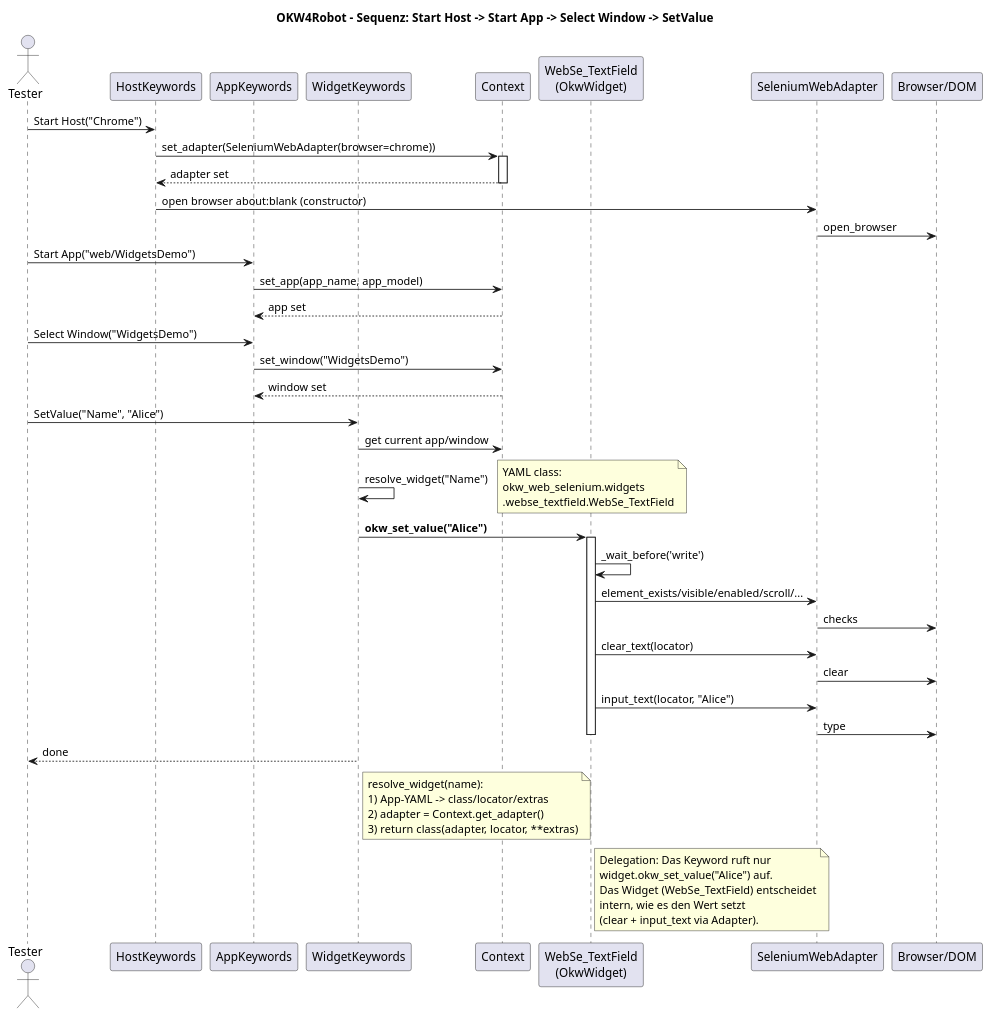
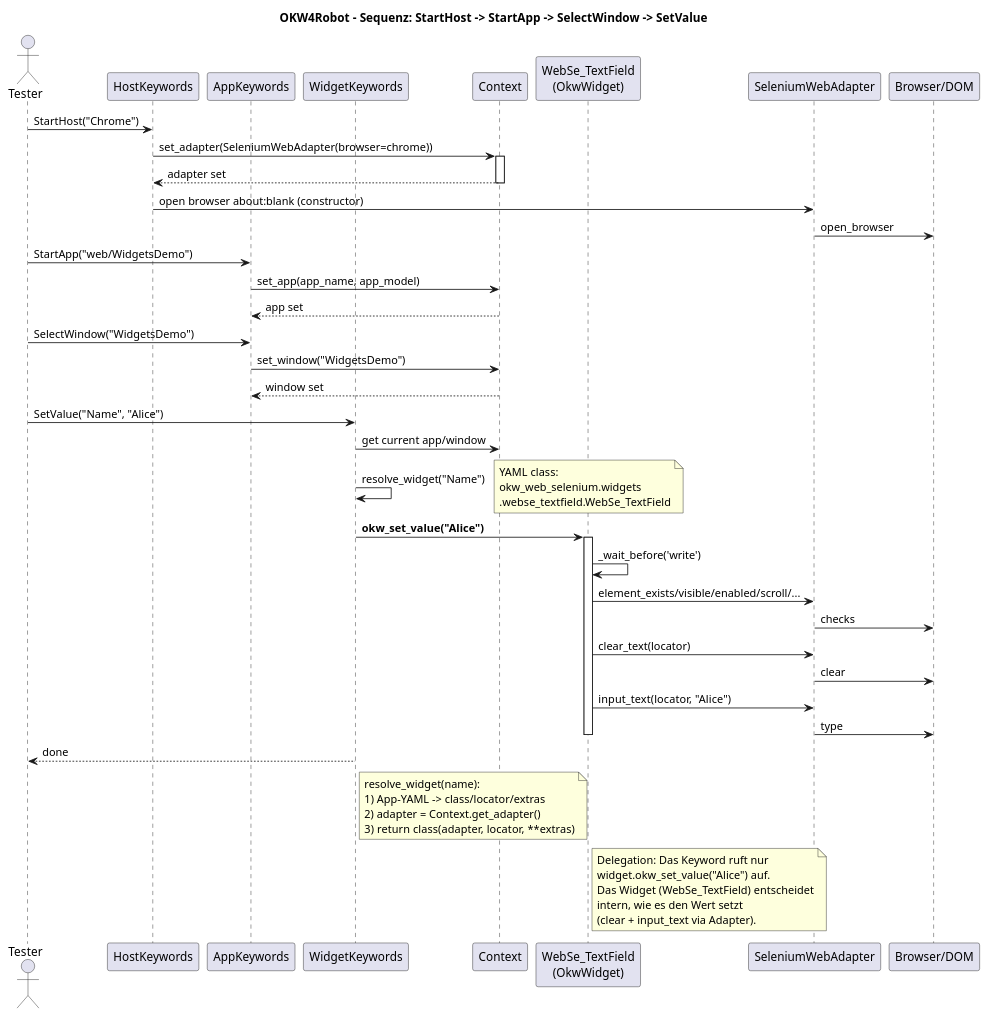
Before and after one commit to Hrabovszki1023/robotframework-okw4robot: the diagram in docs/diagramms/adapters_sequence.puml, drawn with PlantUML. The commit also changed 13 other files, not shown here.

First line of the commit message:
Rename keywords to CamelCase and add cheatsheet (okw4robot)

```diff
--- a/docs/diagramms/adapters_sequence.puml
+++ b/docs/diagramms/adapters_sequence.puml
@@ -1,64 +1,64 @@
 @startuml AdaptersSequence
-title OKW4Robot – Sequenz: Start Host -> Start App -> Select Window -> SetValue
+title OKW4Robot – Sequenz: StartHost -> StartApp -> SelectWindow -> SetValue
 
 actor Tester as T
 participant "HostKeywords" as HK
 participant "AppKeywords" as AK
 participant "WidgetKeywords" as WK
 participant "Context" as C
 participant "WebSe_TextField\n(OkwWidget)" as W
 participant "SeleniumWebAdapter" as AD
 participant "Browser/DOM" as DOM
 
-' Start Host
-T -> HK: Start Host("Chrome")
+' StartHost
+T -> HK: StartHost("Chrome")
 HK -> C: set_adapter(SeleniumWebAdapter(browser=chrome))
 activate C
 C --> HK: adapter set
 deactivate C
 HK -> AD: open browser about:blank (constructor)
 AD -> DOM: open_browser
 
-' Start App
-T -> AK: Start App("web/WidgetsDemo")
+' StartApp
+T -> AK: StartApp("web/WidgetsDemo")
 AK -> C: set_app(app_name, app_model)
 C --> AK: app set
 
-' Select Window
-T -> AK: Select Window("WidgetsDemo")
+' SelectWindow
+T -> AK: SelectWindow("WidgetsDemo")
 AK -> C: set_window("WidgetsDemo")
 C --> AK: window set
 
 ' SetValue – Delegation!
 T -> WK: SetValue("Name", "Alice")
 WK -> C: get current app/window
 WK -> WK: resolve_widget("Name")
 note right: YAML class:\nokw_web_selenium.widgets\n.webse_textfield.WebSe_TextField
 WK -> W: **okw_set_value("Alice")**
 activate W
 W -> W: _wait_before('write')
 W -> AD: element_exists/visible/enabled/scroll/...
 AD -> DOM: checks
 W -> AD: clear_text(locator)
 AD -> DOM: clear
 W -> AD: input_text(locator, "Alice")
 AD -> DOM: type
 deactivate W
 WK --> T: done
 
 note right of WK
 resolve_widget(name):
 1) App-YAML -> class/locator/extras
 2) adapter = Context.get_adapter()
 3) return class(adapter, locator, **extras)
 end note
 
 note right of W
 Delegation: Das Keyword ruft nur
 widget.okw_set_value("Alice") auf.
 Das Widget (WebSe_TextField) entscheidet
 intern, wie es den Wert setzt
 (clear + input_text via Adapter).
 end note
 
 @enduml
```
